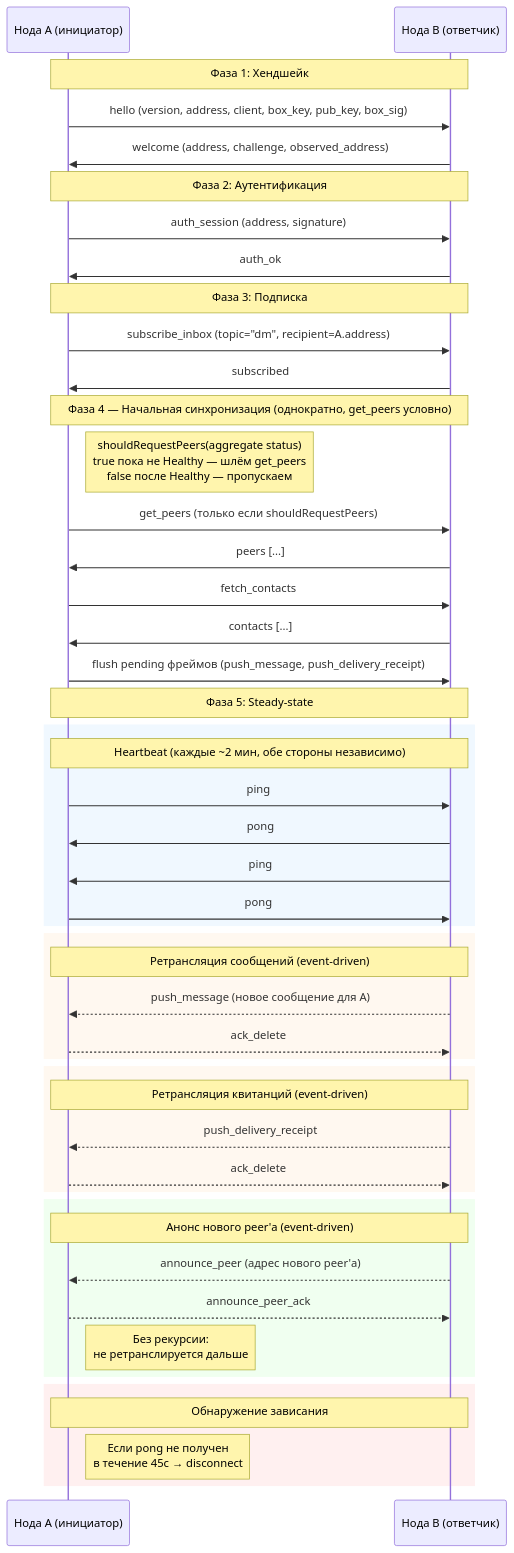
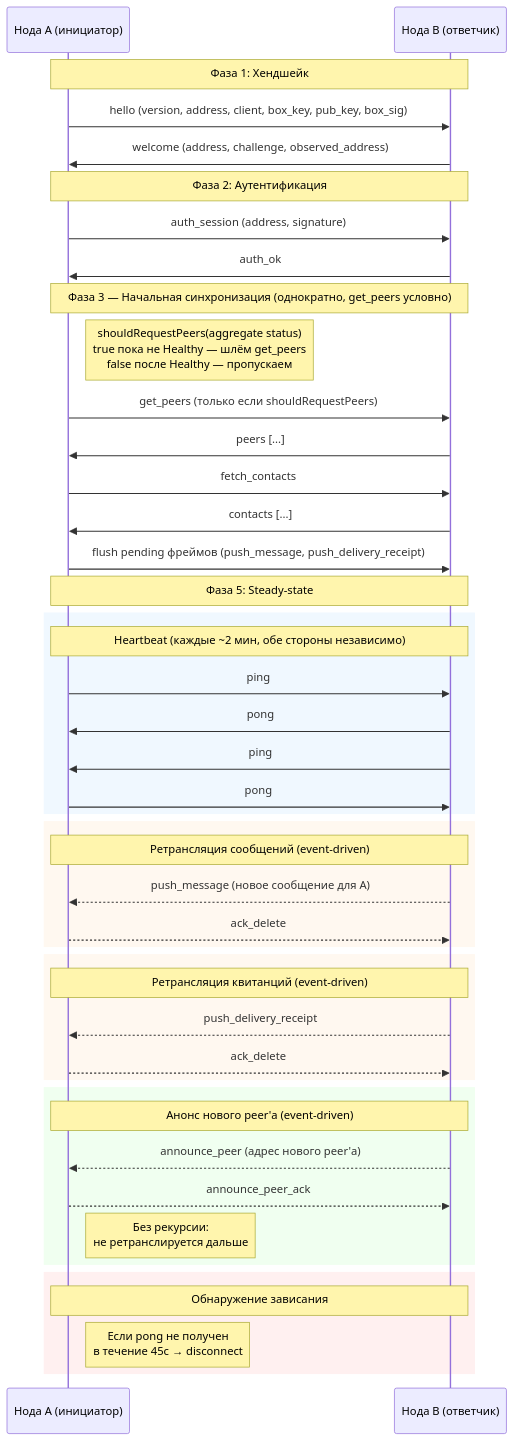
Diagram 13 of 18 in docs/mesh.md (piratecash/corsa), drawn with Mermaid before and after one commit. The commit also changed other lines of this file and 67 other files, not shown here.

````diff
--- a/docs/mesh.md
+++ b/docs/mesh.md
@@ -977,64 +965,59 @@
 ```mermaid
 sequenceDiagram
     participant A as Нода A (инициатор)
     participant B as Нода B (ответчик)
 
     Note over A,B: Фаза 1: Хендшейк
 
     A->>B: hello (version, address, client, box_key, pub_key, box_sig)
     B->>A: welcome (address, challenge, observed_address)
 
     Note over A,B: Фаза 2: Аутентификация
 
     A->>B: auth_session (address, signature)
     B->>A: auth_ok
 
-    Note over A,B: Фаза 3: Подписка
-
-    A->>B: subscribe_inbox (topic="dm", recipient=A.address)
-    B->>A: subscribed
-
-    Note over A,B: Фаза 4 — Начальная синхронизация (однократно, get_peers условно)
+    Note over A,B: Фаза 3 — Начальная синхронизация (однократно, get_peers условно)
 
     Note right of A: shouldRequestPeers(aggregate status)<br/>true пока не Healthy — шлём get_peers<br/>false после Healthy — пропускаем
     A->>B: get_peers (только если shouldRequestPeers)
     B->>A: peers [...]
     A->>B: fetch_contacts
     B->>A: contacts [...]
 
     A->>B: flush pending фреймов (push_message, push_delivery_receipt)
 
     Note over A,B: Фаза 5: Steady-state
 
     rect rgb(240, 248, 255)
         Note over A,B: Heartbeat (каждые ~2 мин, обе стороны независимо)
         A->>B: ping
         B->>A: pong
         B->>A: ping
         A->>B: pong
     end
 
     rect rgb(255, 248, 240)
         Note over A,B: Ретрансляция сообщений (event-driven)
         B-->>A: push_message (новое сообщение для A)
         A-->>B: ack_delete
     end
 
     rect rgb(255, 248, 240)
         Note over A,B: Ретрансляция квитанций (event-driven)
         B-->>A: push_delivery_receipt
         A-->>B: ack_delete
     end
 
     rect rgb(240, 255, 240)
         Note over A,B: Анонс нового peer'а (event-driven)
         B-->>A: announce_peer (адрес нового peer'а)
         A-->>B: announce_peer_ack
         Note right of A: Без рекурсии:<br/>не ретранслируется дальше
     end
 
     rect rgb(255, 240, 240)
         Note over A,B: Обнаружение зависания
         Note right of A: Если pong не получен<br/>в течение 45с → disconnect
     end
 ```
````
